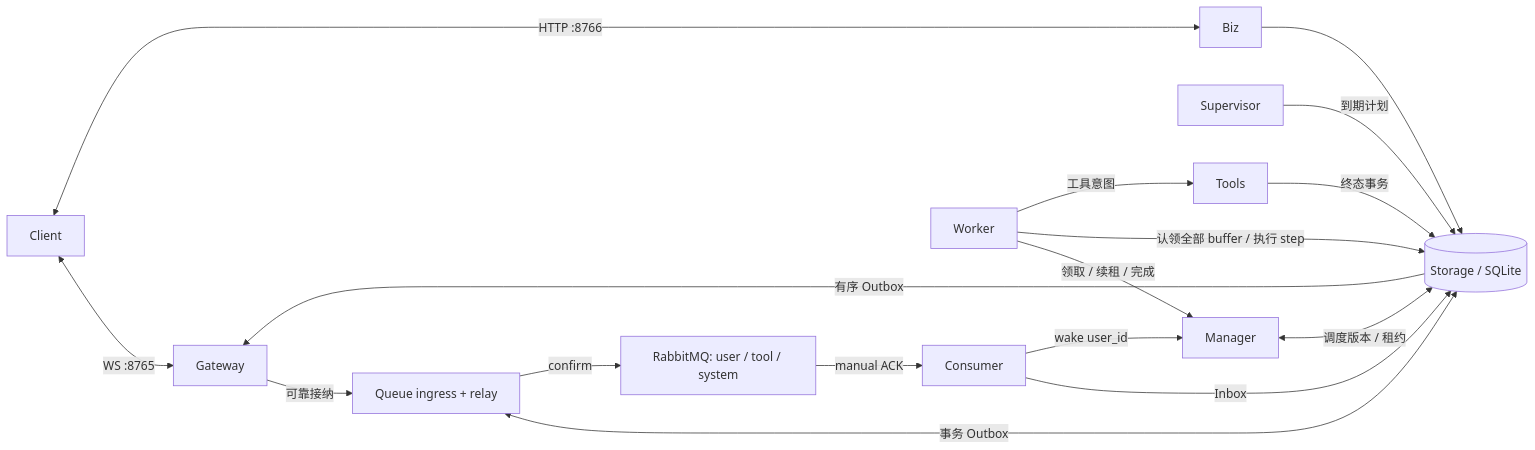
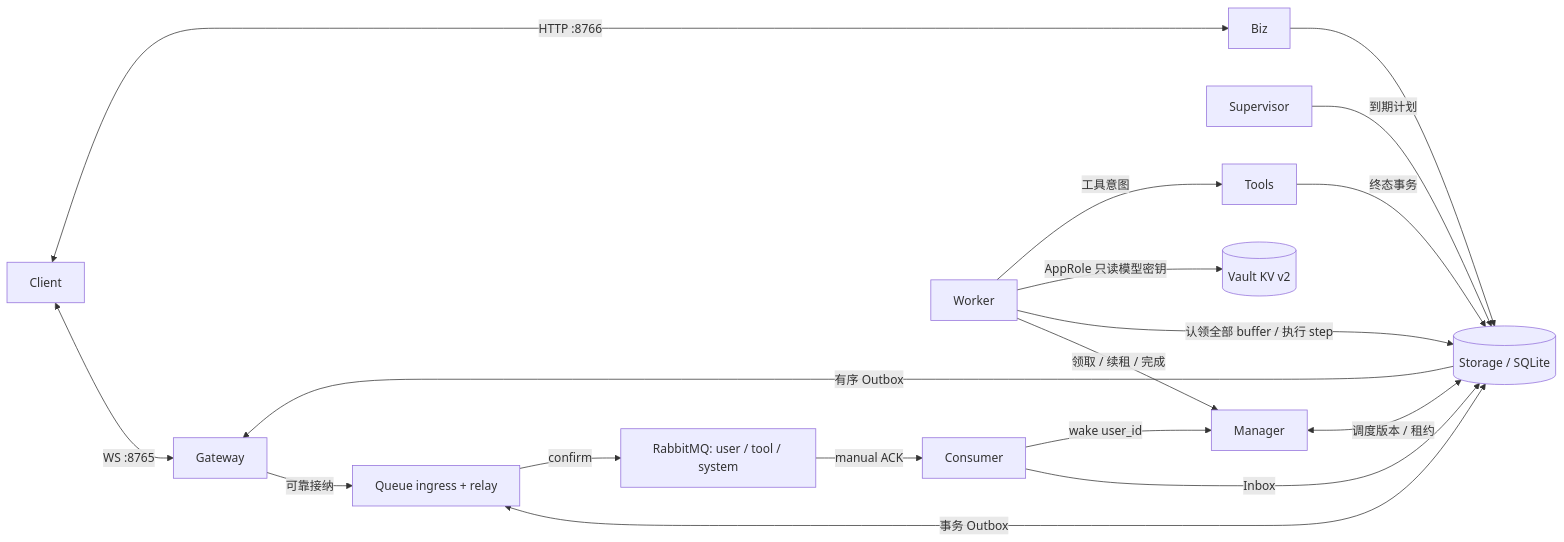
The first of 2 diagrams in spec/feature-distributed-personal-agent.md (HymioSpace/Oath), drawn with Mermaid before and after one commit. The commit also changed other lines of this file and 27 other files, not shown here.

````diff
--- a/spec/feature-distributed-personal-agent.md
+++ b/spec/feature-distributed-personal-agent.md
@@ -11,19 +11,20 @@
 ```mermaid
 flowchart LR
   Client <-->|WS :8765| Gateway
   Client <-->|HTTP :8766| Biz
   Gateway -->|可靠接纳| Ingress[Queue ingress + relay]
   Supervisor -->|到期计划| Storage
   Tools -->|终态事务| Storage
   Ingress <-->|事务 Outbox| Storage[(Storage / SQLite)]
   Ingress -->|confirm| MQ[RabbitMQ: user / tool / system]
   MQ -->|manual ACK| Consumer
   Consumer -->|Inbox| Storage
   Consumer -->|wake user_id| Manager
   Manager <-->|调度版本 / 租约| Storage
   Worker -->|领取 / 续租 / 完成| Manager
   Worker -->|认领全部 buffer / 执行 step| Storage
+  Worker -->|AppRole 只读模型密钥| Vault[(Vault KV v2)]
   Worker -->|工具意图| Tools
   Storage -->|有序 Outbox| Gateway
   Biz --> Storage
 ```
````
